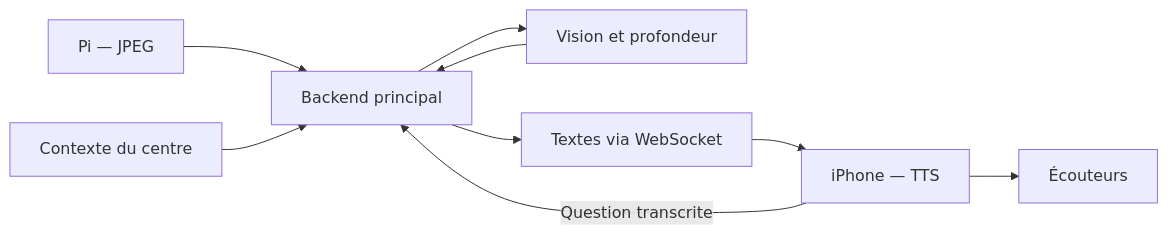
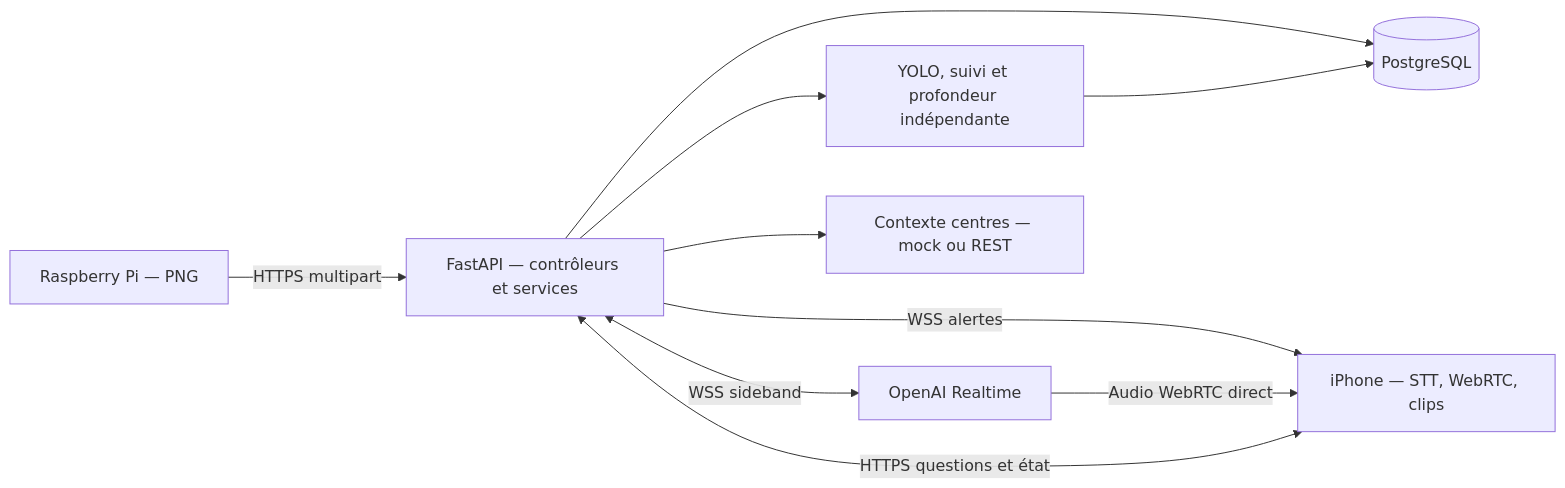
One commit to Mindsept/Looki--Vision changed the second of 2 diagrams in docs/README.md. Above: the diagram before and after it, drawn with Mermaid. The commit also changed other lines of this file and 56 other files, not shown here.

Commit message:
feat(contracts): implement mobile realtime lifecycle and PNG ingestion

````diff
--- a/docs/README.md
+++ b/docs/README.md
@@ -53,11 +54,12 @@
 ```mermaid
 flowchart LR
-    Pi[Pi — JPEG] --> API[Backend principal]
-    API --> Vision[Vision et profondeur]
-    Vision --> API
-    Centres[Contexte du centre] --> API
-    API --> WS[Textes via WebSocket]
-    WS --> Phone[iPhone — TTS]
-    Phone -->|Question transcrite| API
-    Phone --> Headphones[Écouteurs]
+    Pi["Raspberry Pi — PNG"] -->|"HTTPS multipart"| API["FastAPI — contrôleurs et services"]
+    API --> DB[("PostgreSQL")]
+    API --> Vision["YOLO, suivi et profondeur indépendante"]
+    Vision --> DB
+    App["iPhone — STT, WebRTC, clips"] <-->|"HTTPS questions et état"| API
+    API -->|"WSS alertes"| App
+    API <-->|"WSS sideband"| RT["OpenAI Realtime"]
+    RT -->|"Audio WebRTC direct"| App
+    API --> Centres["Contexte centres — mock ou REST"]
 ```
````
